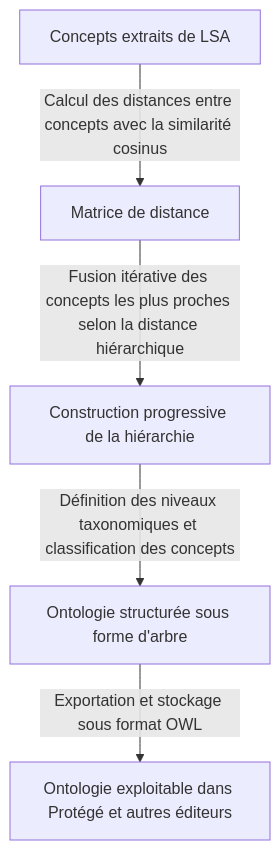
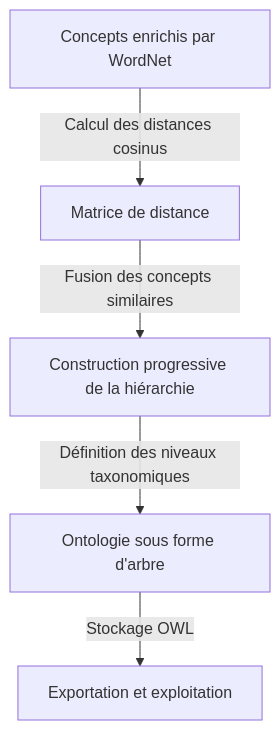
Before and after one commit to JEMALIACHRAF/ElasticSearch: the sixth of 6 diagrams in README.md, drawn with Mermaid. The commit also changed other lines of this file, not shown here.

````diff
--- a/README.md
+++ b/README.md
@@ -209,7 +216,7 @@
 ```mermaid
 flowchart TD
-    A[Concepts extraits de LSA] -->|Calcul des distances entre concepts avec la similarité cosinus| B[Matrice de distance]
-    B -->|Fusion itérative des concepts les plus proches selon la distance hiérarchique| C[Construction progressive de la hiérarchie]
-    C -->|Définition des niveaux taxonomiques et classification des concepts| D[Ontologie structurée sous forme d'arbre]
-    D -->|Exportation et stockage sous format OWL| E[Ontologie exploitable dans Protégé et autres éditeurs]
+    A[Concepts enrichis par WordNet] -->|Calcul des distances cosinus| B[Matrice de distance]
+    B -->|Fusion des concepts similaires| C[Construction progressive de la hiérarchie]
+    C -->|Définition des niveaux taxonomiques| D[Ontologie sous forme d'arbre]
+    D -->|Stockage OWL| E[Exportation et exploitation]
 ```
````
